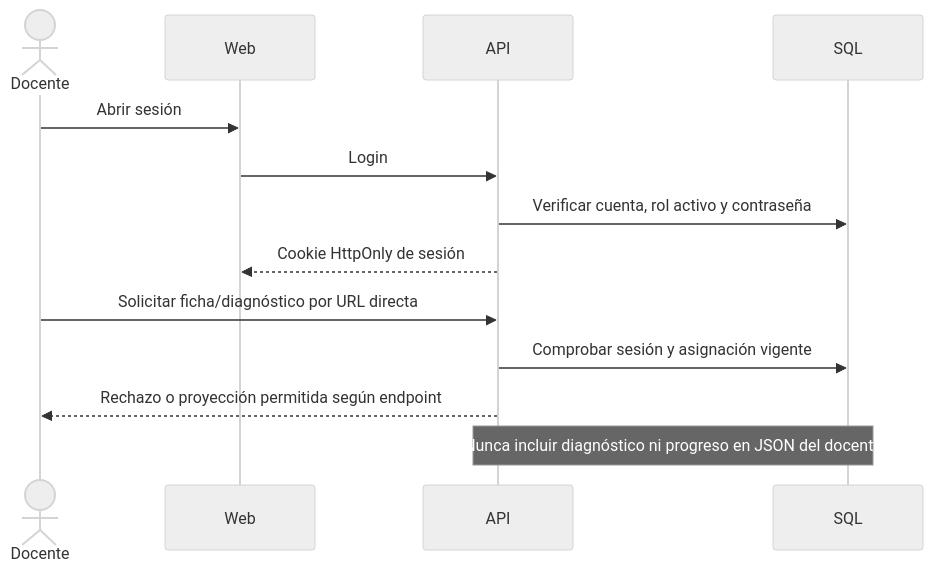
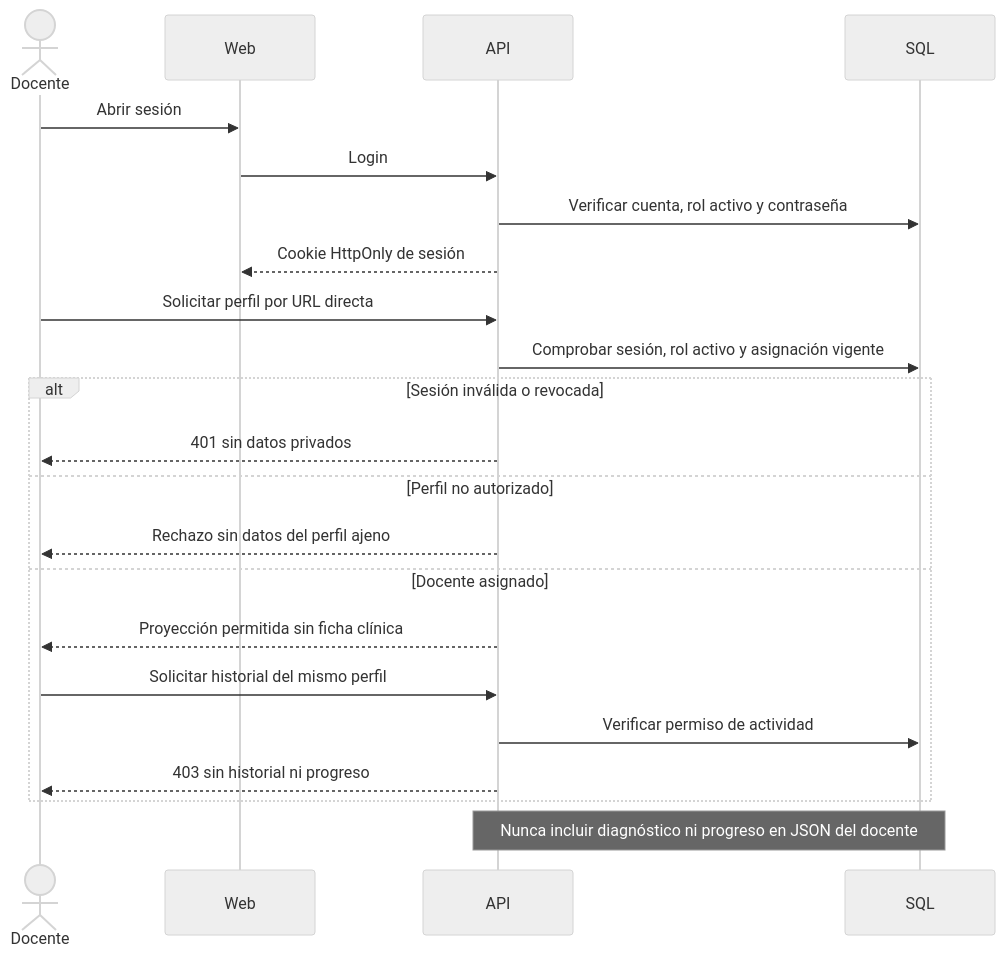
The third of 3 diagrams in docs/arquitectura/modelos.md (N4CHO8/STCS), drawn with Mermaid (neutral theme) before and after one commit. The commit also changed other lines of this file and 266 other files, not shown here.

````diff
--- a/docs/arquitectura/modelos.md
+++ b/docs/arquitectura/modelos.md
@@ -103,15 +168,24 @@
 ```mermaid
 sequenceDiagram
   actor Docente
   participant Web
   participant API
   participant SQL
   Docente->>Web: Abrir sesión
   Web->>API: Login
   API->>SQL: Verificar cuenta, rol activo y contraseña
   API-->>Web: Cookie HttpOnly de sesión
-  Docente->>API: Solicitar ficha/diagnóstico por URL directa
-  API->>SQL: Comprobar sesión y asignación vigente
-  API-->>Docente: Rechazo o proyección permitida según endpoint
+  Docente->>API: Solicitar perfil por URL directa
+  API->>SQL: Comprobar sesión, rol activo y asignación vigente
+  alt Sesión inválida o revocada
+    API-->>Docente: 401 sin datos privados
+  else Perfil no autorizado
+    API-->>Docente: Rechazo sin datos del perfil ajeno
+  else Docente asignado
+    API-->>Docente: Proyección permitida sin ficha clínica
+    Docente->>API: Solicitar historial del mismo perfil
+    API->>SQL: Verificar permiso de actividad
+    API-->>Docente: 403 sin historial ni progreso
+  end
   Note over API,SQL: Nunca incluir diagnóstico ni progreso en JSON del docente
 ```
````
